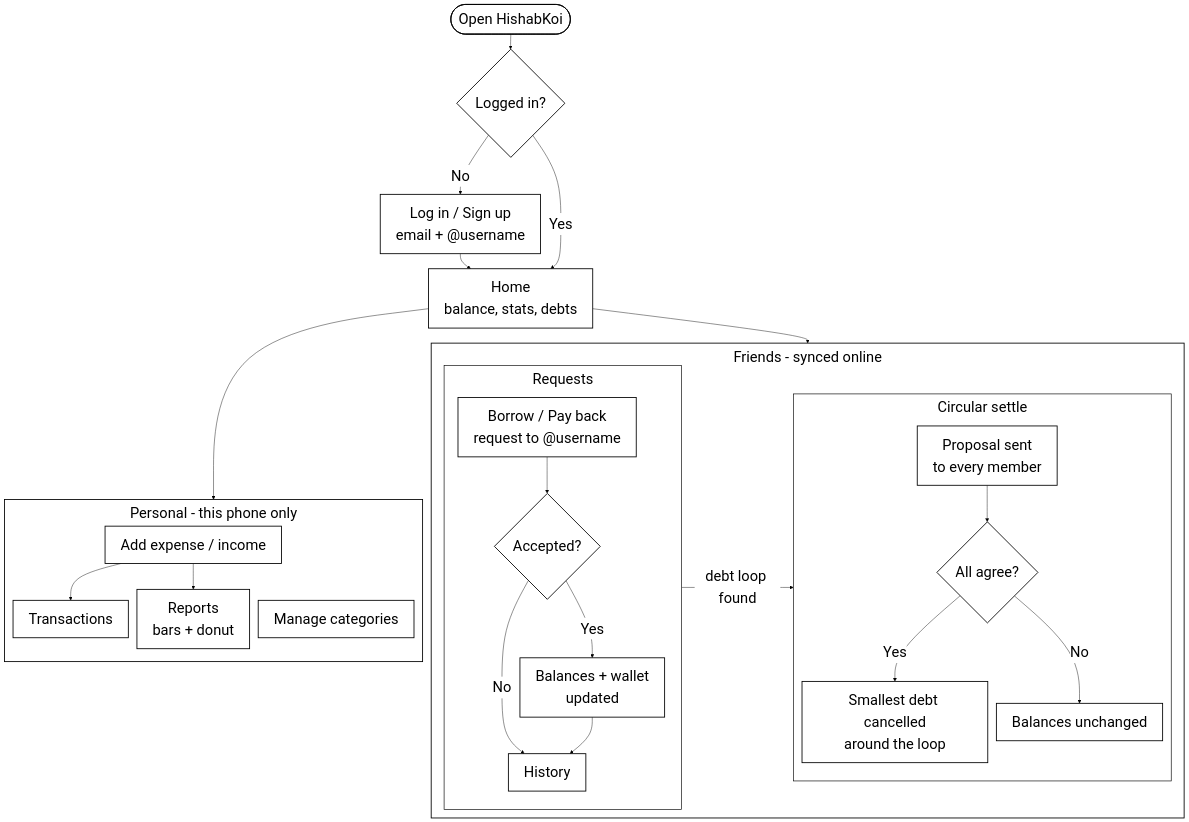
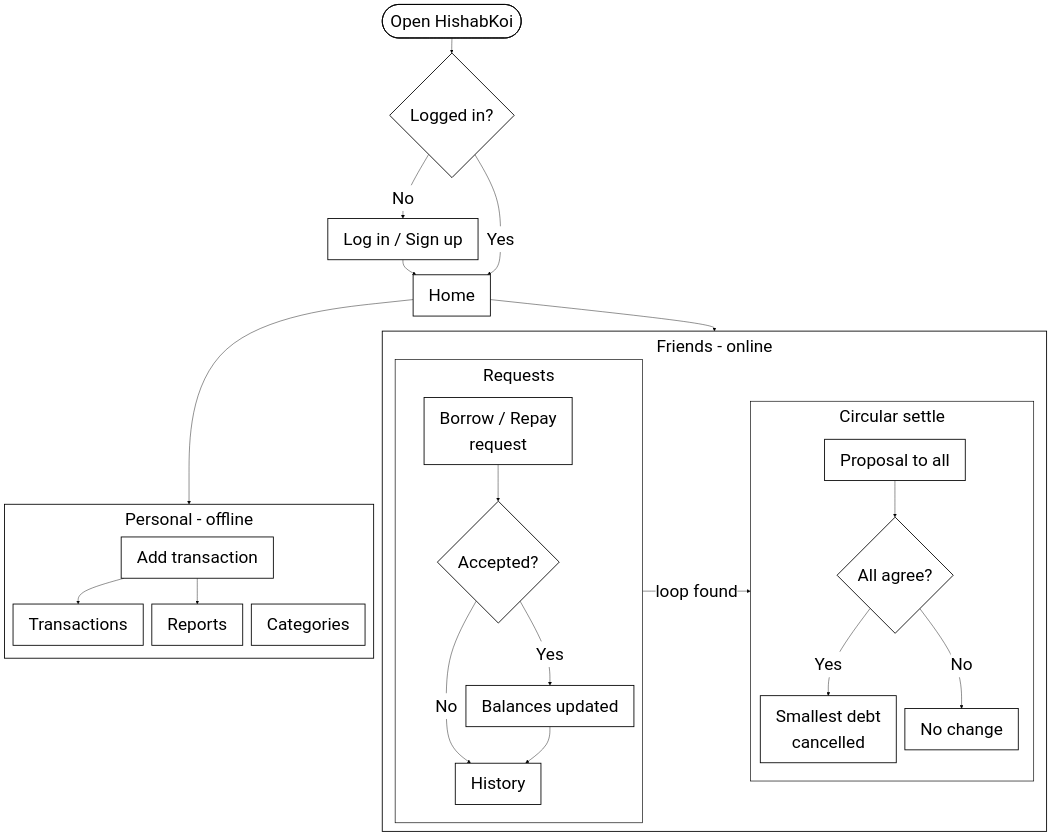
Before and after one commit to Mahin7773/HishabKoi: the diagram in docs/flowchart.mmd, drawn with Mermaid. The commit also changed other lines of this file and 1 other file, not shown here.

Commit message:
Shorten flowchart labels and enlarge text

```diff
--- a/docs/flowchart.mmd
+++ b/docs/flowchart.mmd
@@ -1,42 +1,42 @@
-%%{init: {'theme':'base','themeVariables':{'primaryColor':'#FFFFFF','primaryBorderColor':'#000000','primaryTextColor':'#000000','lineColor':'#000000','textColor':'#000000','edgeLabelBackground':'#FFFFFF','clusterBkg':'#FFFFFF','clusterBorder':'#000000','fontFamily':'Segoe UI, Arial','fontSize':'34px'}, 'flowchart':{'wrappingWidth':360,'nodeSpacing':20,'rankSpacing':35,'padding':18,'diagramPadding':8,'subGraphTitleMargin':{'top':6,'bottom':26}}}}%%
+%%{init: {'theme':'base','themeVariables':{'primaryColor':'#FFFFFF','primaryBorderColor':'#000000','primaryTextColor':'#000000','lineColor':'#000000','textColor':'#000000','edgeLabelBackground':'#FFFFFF','clusterBkg':'#FFFFFF','clusterBorder':'#000000','fontFamily':'Segoe UI, Arial','fontSize':'40px'}, 'flowchart':{'wrappingWidth':360,'nodeSpacing':20,'rankSpacing':35,'padding':18,'diagramPadding':8,'subGraphTitleMargin':{'top':6,'bottom':40}}}}%%
 flowchart TD
     A([Open HishabKoi]) --> B{Logged in?}
-    B -- No --> C[Log in / Sign up<br/>email + @username]
+    B -- No --> C[Log in / Sign up]
     C --> D
-    B -- Yes --> D[Home<br/>balance, stats, debts]
+    B -- Yes --> D[Home]
 
     D --> PS
     D --> W
 
-    subgraph PS [Personal - this phone only]
+    subgraph PS [Personal - offline]
         direction TB
-        P1[Add expense / income] --> P2[Transactions]
-        P1 --> P3[Reports<br/>bars + donut]
-        P1 ~~~ P4[Manage categories]
+        P1[Add transaction] --> P2[Transactions]
+        P1 --> P3[Reports]
+        P1 ~~~ P4[Categories]
     end
 
-    subgraph W [Friends - synced online]
+    subgraph W [Friends - online]
     direction LR
     subgraph FS [Requests]
         direction TB
-        F1[Borrow / Pay back<br/>request to @username] --> F2{Accepted?}
+        F1[Borrow / Repay<br/>request] --> F2{Accepted?}
         F2 -- No --> F5[History]
-        F2 -- Yes --> F3[Balances + wallet<br/>updated]
+        F2 -- Yes --> F3[Balances updated]
         F3 --> F5
     end
 
-    FS -- debt loop found --> LP
+    FS -- loop found --> LP
 
     subgraph LP [Circular settle]
         direction TB
-        L1[Proposal sent<br/>to every member] --> L2{All agree?}
-        L2 -- Yes --> L3[Smallest debt cancelled<br/>around the loop]
-        L2 -- No --> L4[Balances unchanged]
+        L1[Proposal to all] --> L2{All agree?}
+        L2 -- Yes --> L3[Smallest debt<br/>cancelled]
+        L2 -- No --> L4[No change]
     end
     end
 
-    classDef default fill:#FFFFFF,stroke:#000000,stroke-width:2px,color:#000000,font-size:34px
+    classDef default fill:#FFFFFF,stroke:#000000,stroke-width:2px,color:#000000,font-size:40px
     style W fill:#FFFFFF,stroke:#000000,stroke-width:2px
     style PS fill:#FFFFFF,stroke:#000000,stroke-width:2px
     style FS fill:#FFFFFF,stroke:#000000,stroke-width:1.5px
     style LP fill:#FFFFFF,stroke:#000000,stroke-width:1.5px
```
